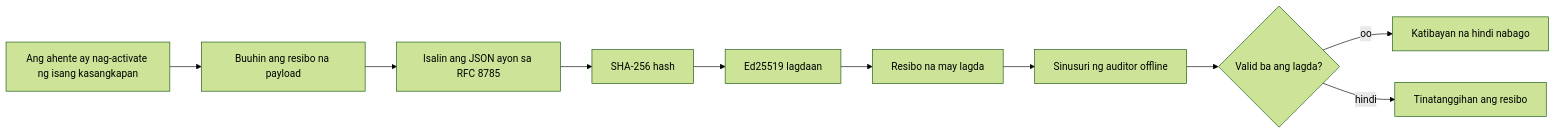
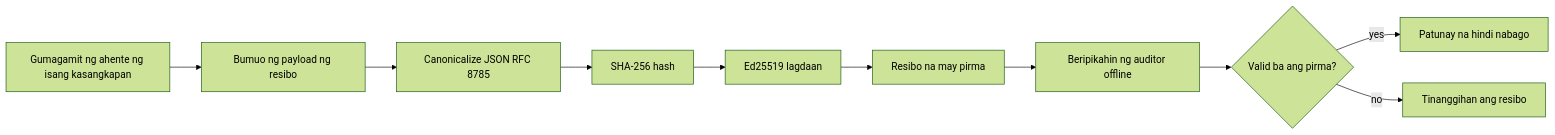
One commit to gabrielmoreira/agent-skills-mirror changed the first of 2 diagrams in mirrors/repos/microsoft@ai-agents-for-beginners/translations/tl/18-securing-ai-agents/README.md. Above: the diagram before and after it, drawn with Mermaid (forest theme). The commit also changed other lines of this file and 8886 other files, not shown here.

````diff
--- a/mirrors/repos/microsoft@ai-agents-for-beginners/translations/tl/18-securing-ai-agents/README.md
+++ b/mirrors/repos/microsoft@ai-agents-for-beginners/translations/tl/18-securing-ai-agents/README.md
@@ -51,12 +51,12 @@
 ```mermaid
 flowchart LR
-    A[Ang ahente ay nag-activate ng isang kasangkapan] --> B[Buuhin ang resibo na payload]
-    B --> C[Isalin ang JSON ayon sa RFC 8785]
+    A[Gumagamit ng ahente ng isang kasangkapan] --> B[Bumuo ng payload ng resibo]
+    B --> C[Canonicalize JSON RFC 8785]
     C --> D[SHA-256 hash]
     D --> E[Ed25519 lagdaan]
-    E --> F[Resibo na may lagda]
-    F --> G[Sinusuri ng auditor offline]
-    G --> H{Valid ba ang lagda?}
-    H -- oo --> I[Katibayan na hindi nabago]
-    H -- hindi --> J[Tinatanggihan ang resibo]
+    E --> F[Resibo na may pirma]
+    F --> G[Beripikahin ng auditor offline]
+    G --> H{Valid ba ang pirma?}
+    H -- yes --> I[Patunay na hindi nabago]
+    H -- no --> J[Tinanggihan ang resibo]
 ```
````
